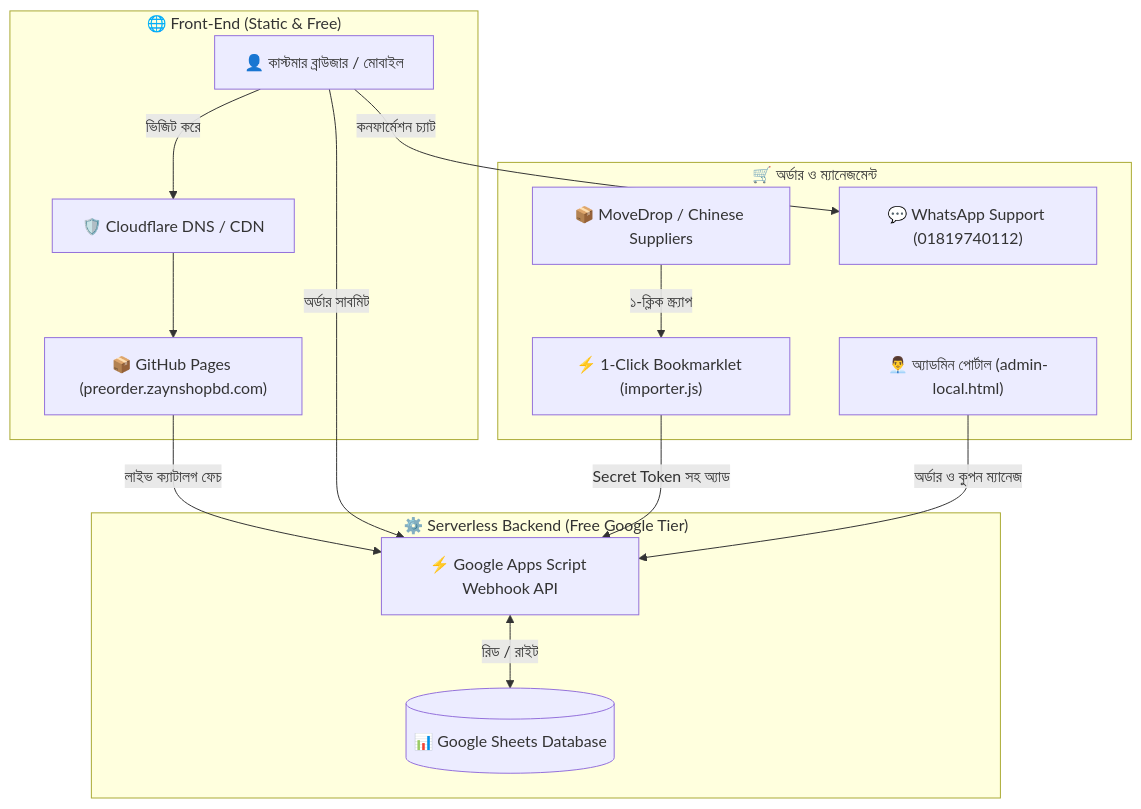
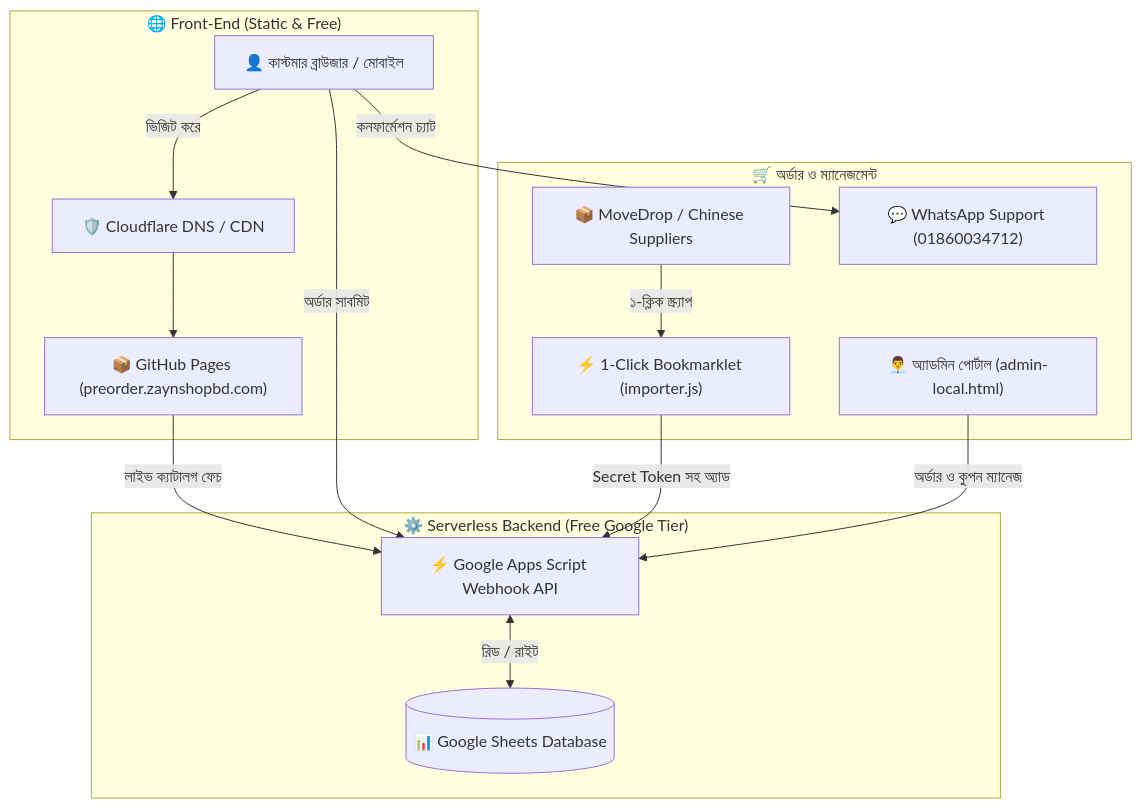
The first of 2 diagrams in README.md (photopixc-spec/preorder-zaynshop), drawn with Mermaid before and after one commit. The commit also changed 6 other files, not shown here.

Commit message:
fix: update phone and WhatsApp number to 01860034712 and clean footer payment notice

````diff
--- a/README.md
+++ b/README.md
@@ -16,32 +16,32 @@
 ```mermaid
 flowchart TD
     subgraph Frontend["🌐 Front-End (Static & Free)"]
         Customer["👤 কাস্টমার ব্রাউজার / মোবাইল"]
         Cloudflare["🛡️ Cloudflare DNS / CDN"]
         GithubPages["📦 GitHub Pages (preorder.zaynshopbd.com)"]
     end
 
     subgraph Backend["⚙️ Serverless Backend (Free Google Tier)"]
         AppsScript["⚡ Google Apps Script Webhook API"]
         SheetDB[("📊 Google Sheets Database")]
     end
 
     subgraph Operations["🛒 অর্ডার ও ম্যানেজমেন্ট"]
         Admin["👨‍💼 অ্যাডমিন পোর্টাল (admin-local.html)"]
         MoveDrop["📦 MoveDrop / Chinese Suppliers"]
         Importer["⚡ 1-Click Bookmarklet (importer.js)"]
-        WhatsApp["💬 WhatsApp Support (01819740112)"]
+        WhatsApp["💬 WhatsApp Support (01860034712)"]
     end
 
     Customer -->|ভিজিট করে| Cloudflare
     Cloudflare --> GithubPages
     GithubPages -->|লাইভ ক্যাটালগ ফেচ| AppsScript
     AppsScript <-->|রিড / রাইট| SheetDB
 
     Customer -->|অর্ডার সাবমিট| AppsScript
     Customer -->|কনফার্মেশন চ্যাট| WhatsApp
 
     MoveDrop -->|১-ক্লিক স্ক্র্যাপ| Importer
     Importer -->|Secret Token সহ অ্যাড| AppsScript
     Admin -->|অর্ডার ও কুপন ম্যানেজ| AppsScript
 ```
````
